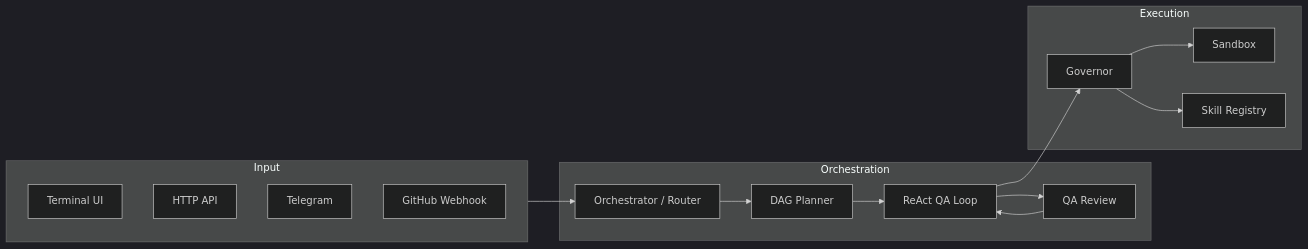
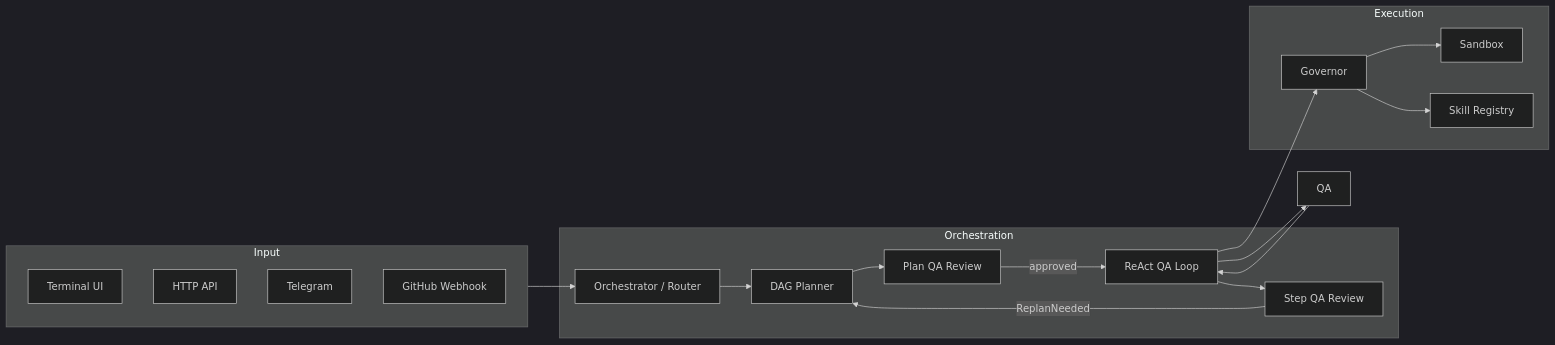
The diagram in README.md (overcrash66/IronClad-AI-Agent), drawn with Mermaid (dark theme) before and after one commit. The commit also changed other lines of this file and 1 other file, not shown here.

Commit message:
Add plan/step QA and replan settings
Introduce Step-Level and Plan-Level QA into the pipeline: update README to document `step_qa_enabled`, `plan_qa_enabled`, and a QA-driven replanning flow (max_replan_attempts, default 3), and adjust the flowchart to show Plan QA and Step QA interactions. Update settings.toml: change `force_use_default_model` to false, add `max_replan_attempts`, and enable `step_qa_enabled` and `plan_qa_enabled` by default. These changes enable pre-execution plan review and per-step QA with configurable replanning behavior to catch errors earlier and improve robustness.

````diff
--- a/README.md
+++ b/README.md
@@ -209,28 +211,32 @@
 ```mermaid
 flowchart LR
     subgraph Input
         TUI[Terminal UI]
         API[HTTP API]
         TG[Telegram]
         WH[GitHub Webhook]
     end
 
     subgraph Orchestration
         ORCH[Orchestrator / Router]
         DAG[DAG Planner]
+        QAPLAN[Plan QA Review]
         LOOP[ReAct QA Loop]
-        QA[QA Review]
+        QASTEP[Step QA Review]
     end
 
     subgraph Execution
         GOV[Governor]
         SB[Sandbox]
         SKILLS[Skill Registry]
     end
 
     Input --> ORCH
-    ORCH --> DAG --> LOOP
+    ORCH --> DAG --> QAPLAN
+    QAPLAN -->|approved| LOOP
     LOOP --> GOV --> SB
     GOV --> SKILLS
+    LOOP --> QASTEP
+    QASTEP -->|ReplanNeeded| DAG
     LOOP --> QA --> LOOP
 ```
````
